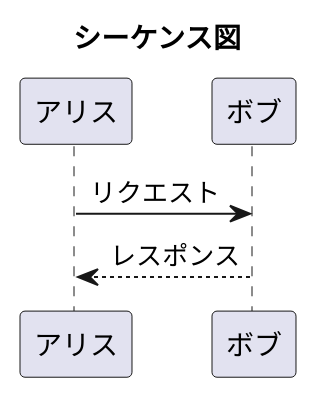
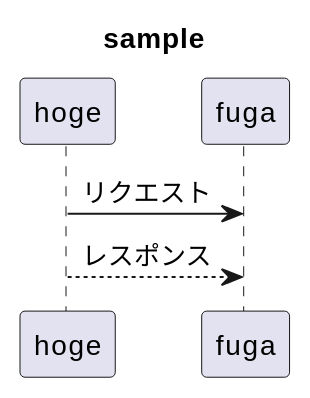
The diagram in sample/sample.pu (ksk-jp/plantuml-to-img), drawn with PlantUML before and after one commit.

Commit message:
サンプル変更

```diff
--- a/sample/sample.pu
+++ b/sample/sample.pu
@@ -1,5 +1,5 @@
 @startuml
-title シーケンス図
-アリス -> ボブ: リクエスト
-ボブ --> アリス: レスポンス
+title sample
+hoge -> fuga: リクエスト
+hoge --> fuga: レスポンス
 @enduml
```
